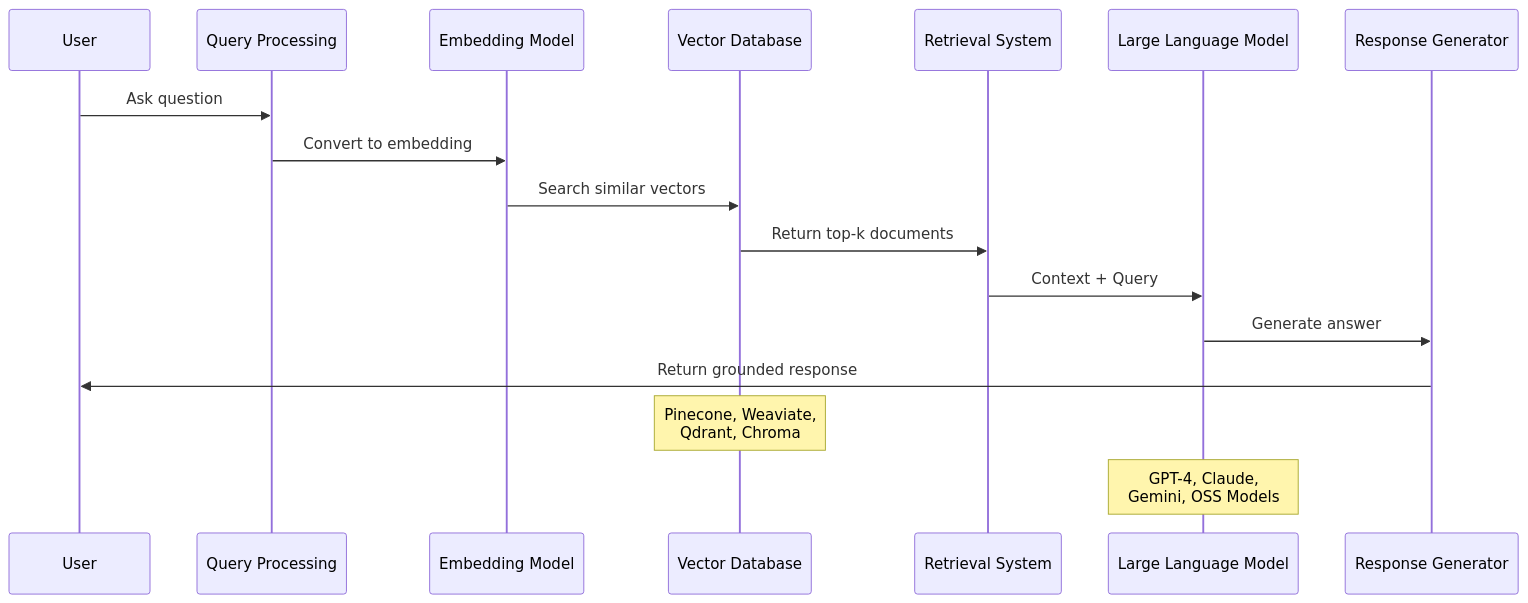
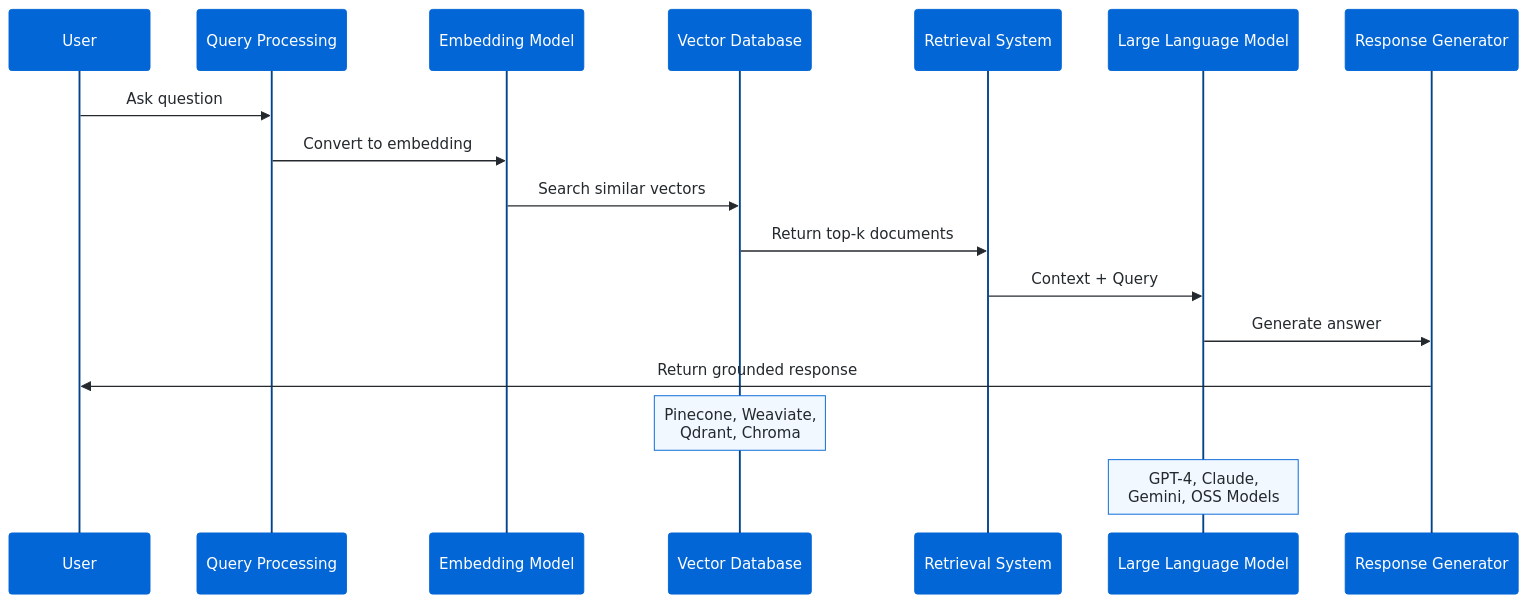
Before and after one commit to nexageapps/AI: the eighth of 21 diagrams in README.md, drawn with Mermaid. The commit also changed other lines of this file and 1 other file, not shown here.

````diff
--- a/README.md
+++ b/README.md
@@ -285,21 +291,22 @@
 ```mermaid
+%%{init: {'theme':'base', 'themeVariables': {'primaryColor':'#0366d6','primaryTextColor':'#fff','primaryBorderColor':'#0366d6','actorBkg':'#0366d6','actorTextColor':'#fff','actorLineColor':'#044289','signalColor':'#24292e','signalTextColor':'#24292e','labelBoxBkgColor':'#fafbfc','labelBoxBorderColor':'#d1d5da','labelTextColor':'#24292e','loopTextColor':'#24292e','noteBorderColor':'#0366d6','noteBkgColor':'#f1f8ff','noteTextColor':'#24292e'}}}%%
 sequenceDiagram
     participant User
     participant Query as Query Processing
     participant Embed as Embedding Model
     participant VectorDB as Vector Database
     participant Retriever as Retrieval System
     participant LLM as Large Language Model
     participant Response as Response Generator
     
     User->>Query: Ask question
     Query->>Embed: Convert to embedding
     Embed->>VectorDB: Search similar vectors
     VectorDB->>Retriever: Return top-k documents
     Retriever->>LLM: Context + Query
     LLM->>Response: Generate answer
     Response->>User: Return grounded response
     
     Note over VectorDB: Pinecone, Weaviate,<br/>Qdrant, Chroma
     Note over LLM: GPT-4, Claude,<br/>Gemini, OSS Models
 ```
````
